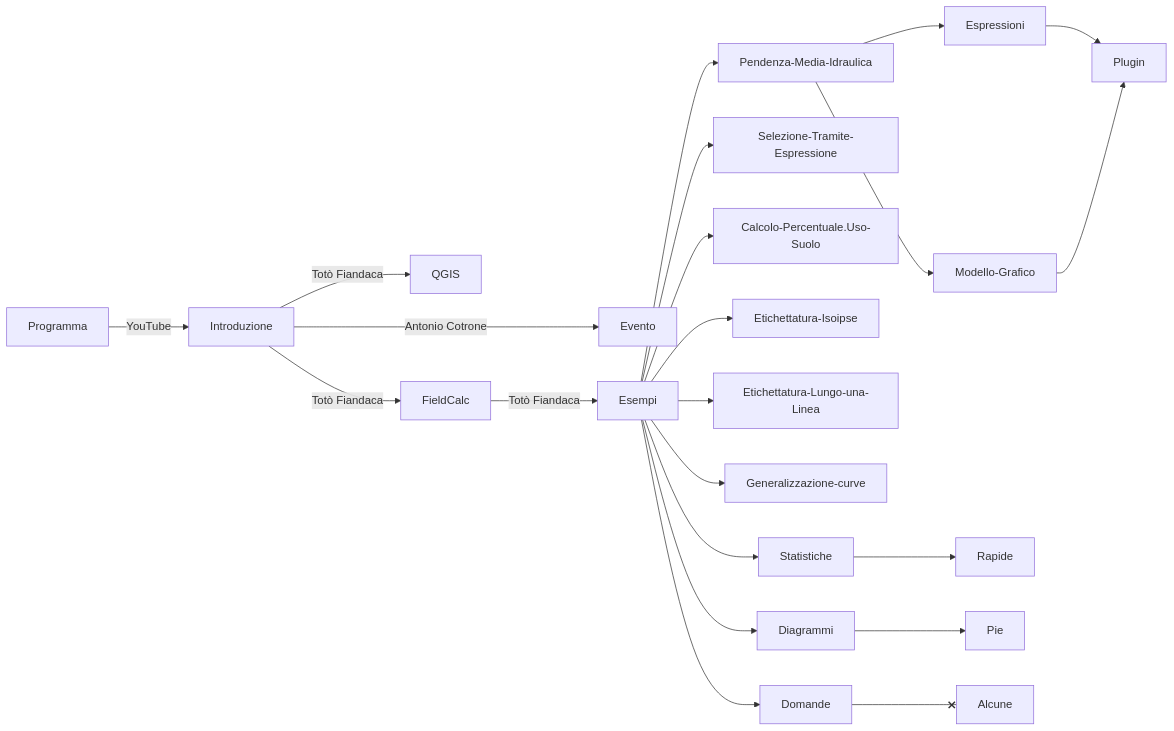
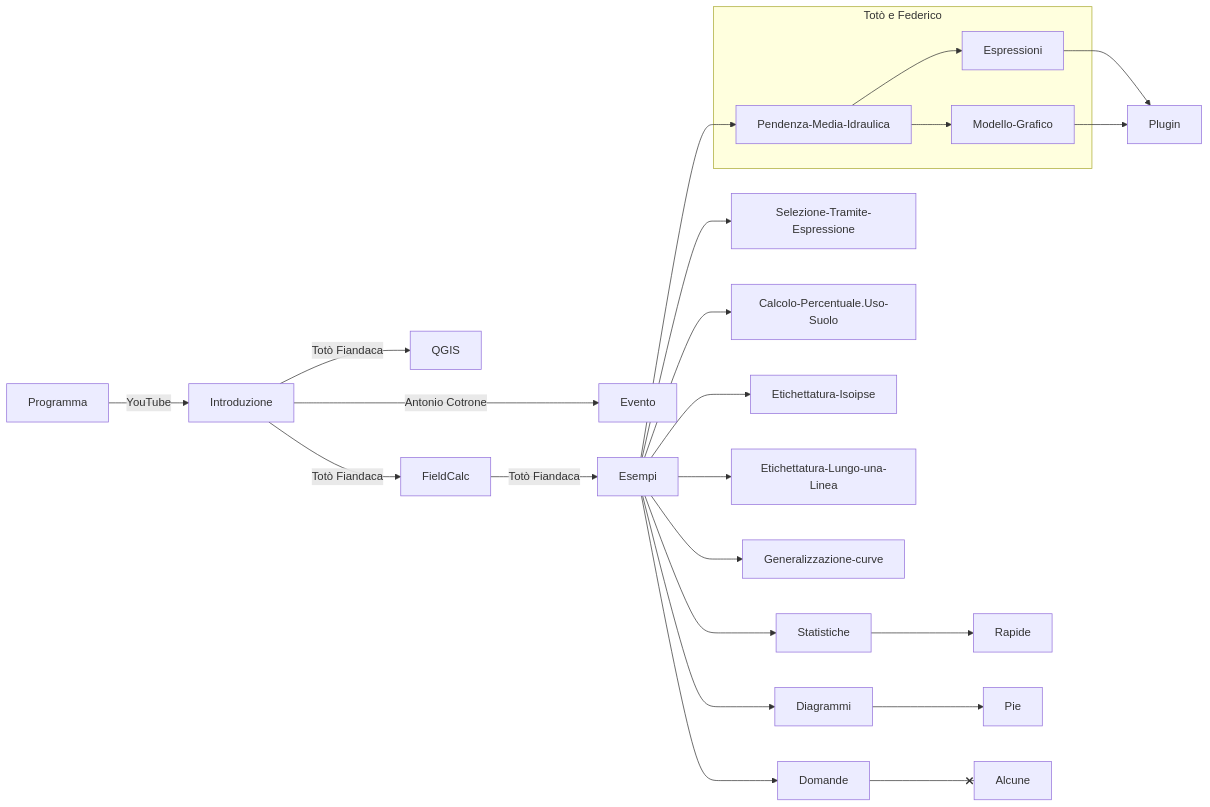
The first of 2 diagrams in README.md (pigreco/field_calc_idraulica), drawn with Mermaid before and after one commit.

````diff
--- a/README.md
+++ b/README.md
@@ -56,24 +56,26 @@
 ```mermaid
 graph LR;
     Programma--YouTube-->Introduzione;
     Introduzione--Antonio Cotroneo-->Evento;
     Introduzione--Totò Fiandaca-->QGIS;
     Introduzione--Totò Fiandaca-->FieldCalc;
     FieldCalc--Totò Fiandaca-->Esempi;
     Esempi-->Pendenza-Media-Idraulica;
+    subgraph ide1 [Totò e Federico]
     Pendenza-Media-Idraulica-->Espressioni;
     Pendenza-Media-Idraulica-->Modello-Grafico;
+    end
     Espressioni-->Plugin;
     Modello-Grafico-->Plugin;
     Esempi-->Selezione-Tramite-Espressione;
     Esempi-->Calcolo-Percentuale.Uso-Suolo;
     Esempi-->Etichettatura-Isoipse;
     Esempi-->Etichettatura-Lungo-una-Linea;
     Esempi-->Generalizzazione-curve;
     Esempi-->Statistiche;
     Statistiche-->Rapide;
     Esempi-->Diagrammi;
     Diagrammi-->Pie;
     Esempi-->Domande;
     Domande--xAlcune;
 ```
````
